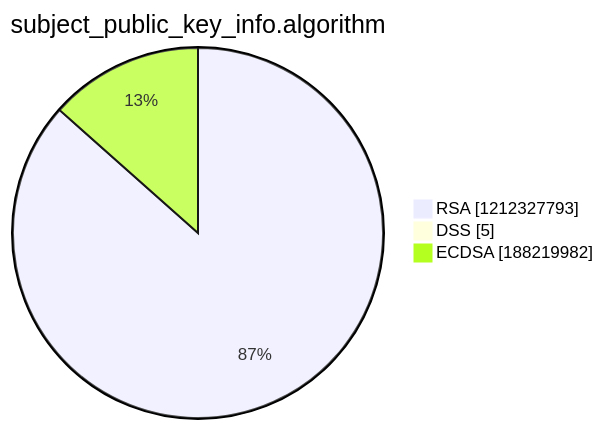
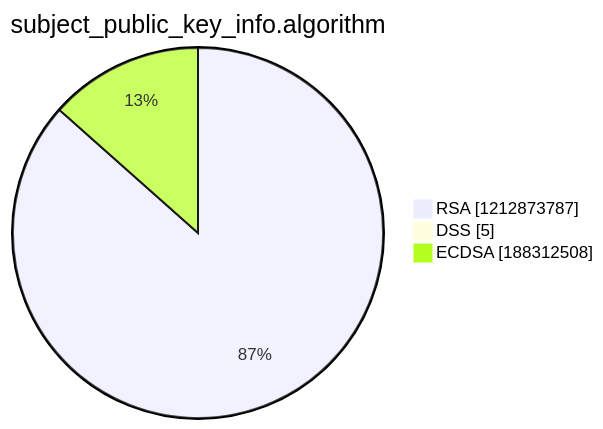
One commit to christiankrug/ctmonitor_visualization changed the third of 15 diagrams in argon2022/README.md. Above: the diagram before and after it, drawn with Mermaid. The commit also changed other lines of this file, not shown here.

````diff
--- a/argon2022/README.md
+++ b/argon2022/README.md
@@ -14,7 +14,7 @@
 ```mermaid
 pie showData
 title subject_public_key_info.algorithm
-"RSA" :1212327793
+"RSA" :1212873787
 "DSS" :5
-"ECDSA" :188219982
+"ECDSA" :188312508
 ```
````
